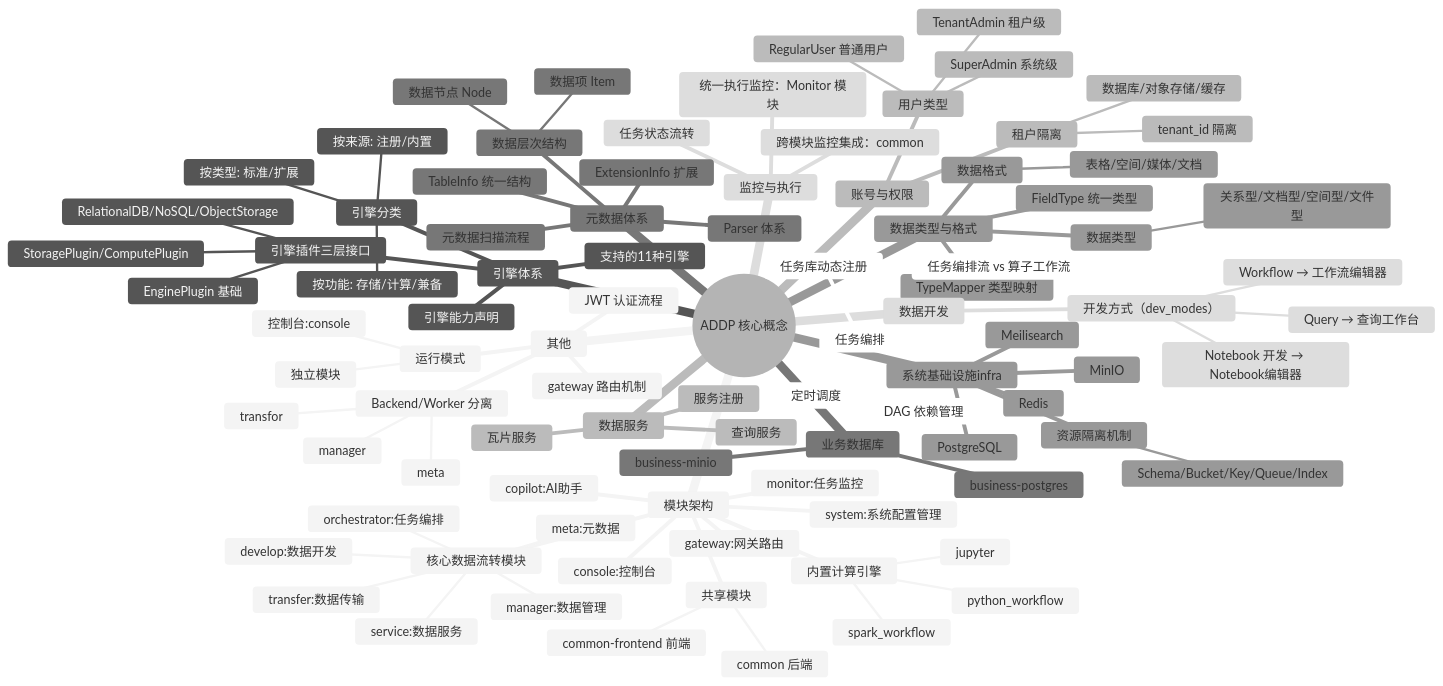
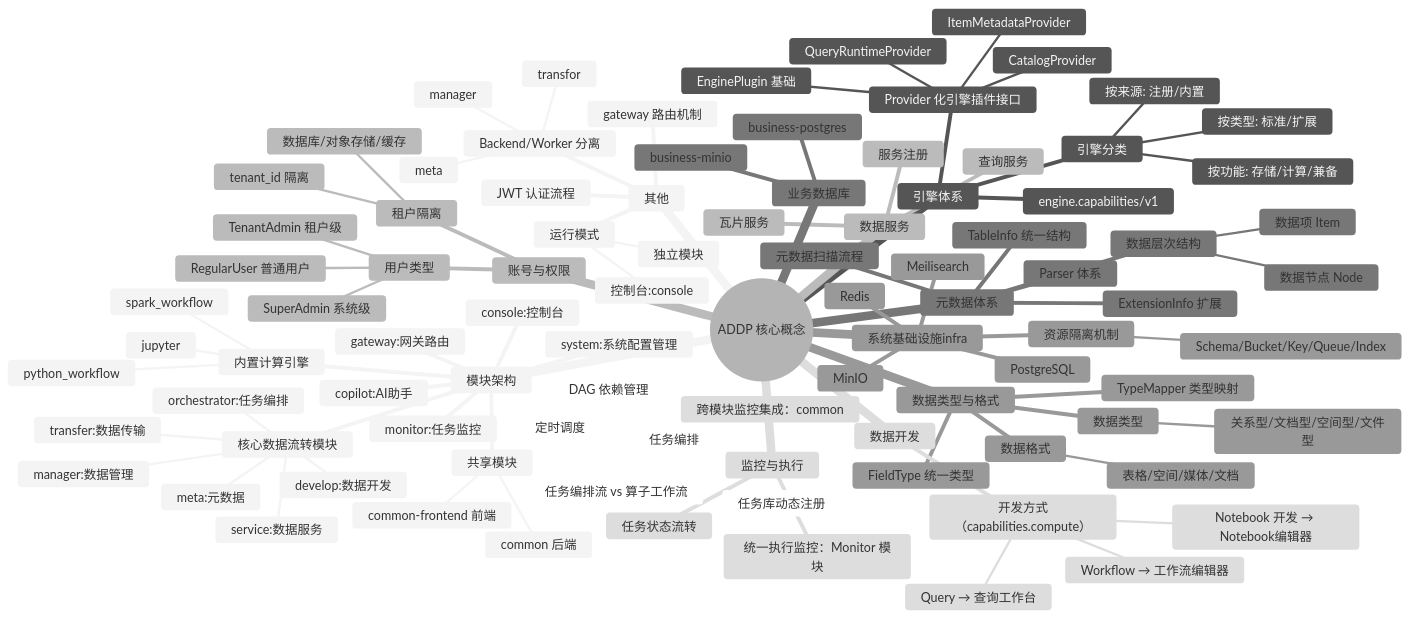
The first of 2 diagrams in docs/addp核心概念关系图.md (pampa0629/addp), drawn with Mermaid (neutral theme) before and after one commit. The commit also changed other lines of this file and 45 other files, not shown here.

```diff
--- a/docs/addp核心概念关系图.md
+++ b/docs/addp核心概念关系图.md
@@ -40,16 +40,16 @@
         spark_workflow
         jupyter
     引擎体系
-      引擎插件三层接口
+      Provider 化引擎插件接口
         EnginePlugin 基础
-        StoragePlugin/ComputePlugin
-        RelationalDB/NoSQL/ObjectStorage
+        CatalogProvider
+        ItemMetadataProvider
+        QueryRuntimeProvider
       引擎分类
         按功能: 存储/计算/兼备
         按类型: 标准/扩展
         按来源: 注册/内置
-      支持的11种引擎
-      引擎能力声明
+      engine.capabilities/v1
     账号与权限
       用户类型
         SuperAdmin 系统级
@@ -74,7 +74,7 @@
       FieldType 统一类型
       TypeMapper 类型映射
     数据开发
-      开发方式（dev_modes）
+      开发方式（capabilities.compute）
         Query → 查询工作台
         Workflow → 工作流编辑器
         Notebook 开发 → Notebook编辑器
```
